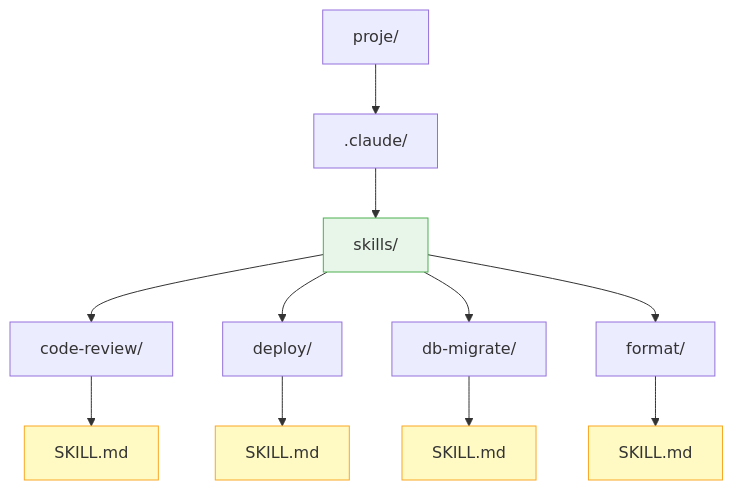
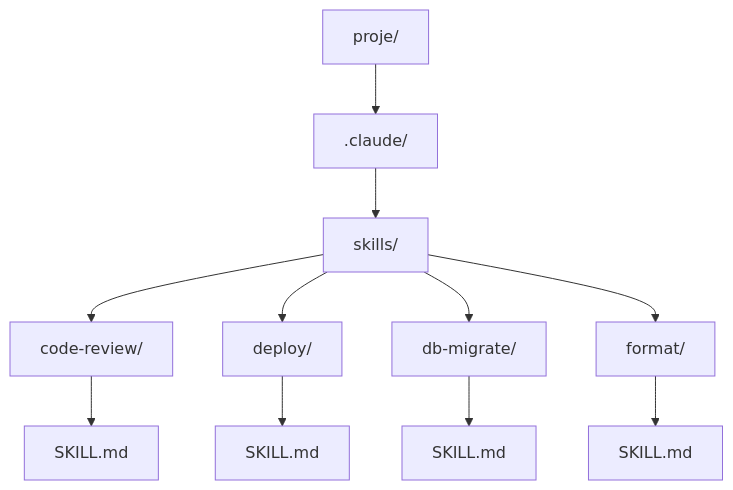
The first of 5 diagrams in 12-skills-ve-pluginler/02-skill-olusturma.md (IzzetYasinAtes/ClaudeCodeHandbook), drawn with Mermaid before and after one commit. The commit also changed other lines of this file and 97 other files, not shown here.

Commit message:
Remove all custom Mermaid style/fill colors from 98 markdown files for consistent dark theme rendering

````diff
--- a/12-skills-ve-pluginler/02-skill-olusturma.md
+++ b/12-skills-ve-pluginler/02-skill-olusturma.md
@@ -19,20 +19,15 @@
 ```mermaid
 flowchart TD
     ROOT["proje/"] --> CLAUDE[".claude/"]
     CLAUDE --> SKILLS["skills/"]
     SKILLS --> S1["code-review/"]
     SKILLS --> S2["deploy/"]
     SKILLS --> S3["db-migrate/"]
     SKILLS --> S4["format/"]
 
     S1 --> S1F["SKILL.md"]
     S2 --> S2F["SKILL.md"]
     S3 --> S3F["SKILL.md"]
     S4 --> S4F["SKILL.md"]
 
-    style SKILLS fill:#e8f5e9,stroke:#4caf50
-    style S1F fill:#fff9c4,stroke:#f9a825
-    style S2F fill:#fff9c4,stroke:#f9a825
-    style S3F fill:#fff9c4,stroke:#f9a825
-    style S4F fill:#fff9c4,stroke:#f9a825
 ```
````
